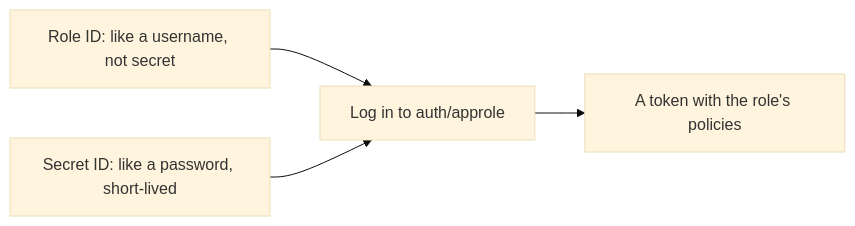
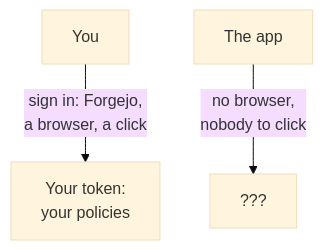
Diagram 11 of 22 in workshops/vault-fundamentals/content/slides/presentation.md (fiddler110/GitOps_Dojo), drawn with Mermaid (base theme) before and after one commit. The commit also changed other lines of this file and 7 other files, not shown here.

```diff
--- a/workshops/vault-fundamentals/content/slides/presentation.md
+++ b/workshops/vault-fundamentals/content/slides/presentation.md
@@ -624,6 +667,5 @@
 <div class="mermaid">
-flowchart LR
-  rid["Role ID: like a username, not secret"] --> login["Log in to auth/approle"]
-  sid["Secret ID: like a password, short-lived"] --> login
-  login --> tok["A token with the role's policies"]
+flowchart TB
+  you["You"] -->|"sign in: Forgejo,<br/>a browser, a click"| t1["Your token:<br/>your policies"]
+  app["The app"] -->|"no browser,<br/>nobody to click"| q["???"]
 </div>
```
